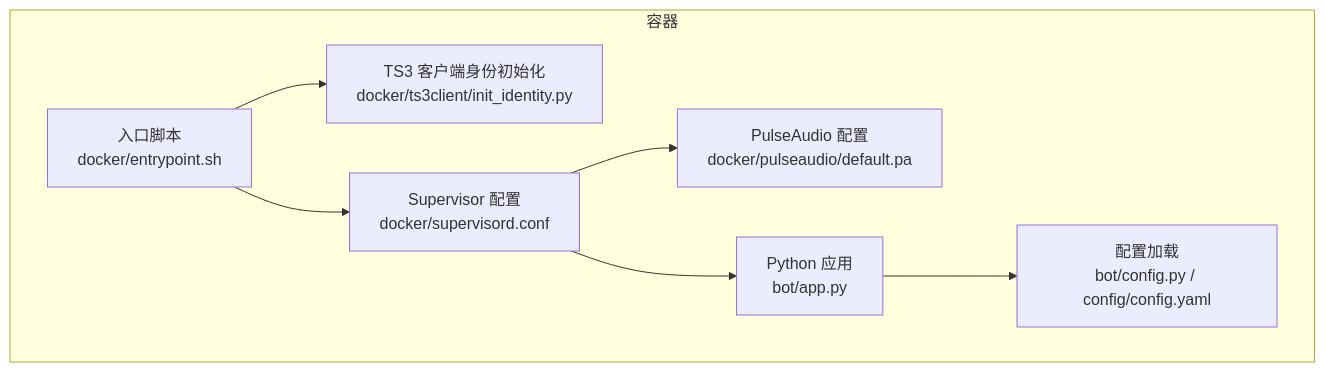
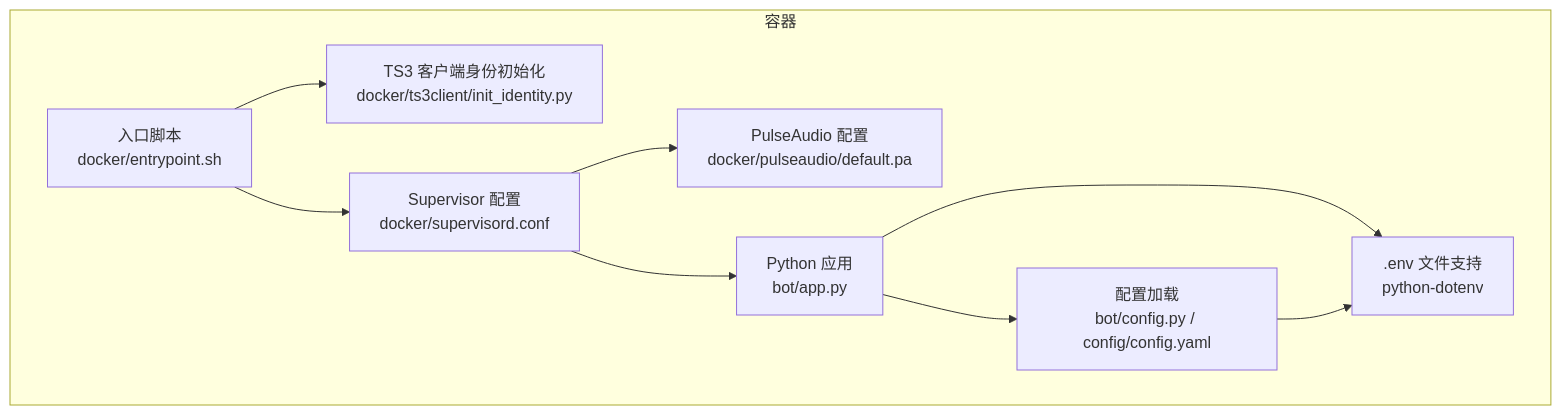
Before and after one commit to GhoulOwl/Teamspeak3_Bot: the first of 7 diagrams in .qoder/repowiki/zh/content/部署和运维/环境配置.md, drawn with Mermaid. The commit also changed other lines of this file and 7 other files, not shown here.

````diff
--- a/.qoder/repowiki/zh/content/部署和运维/环境配置.md
+++ b/.qoder/repowiki/zh/content/部署和运维/环境配置.md
@@ -44,16 +53,19 @@
 ```mermaid
 graph TB
 subgraph "容器"
 EP["入口脚本<br/>docker/entrypoint.sh"]
 SUP["Supervisor 配置<br/>docker/supervisord.conf"]
 PA["PulseAudio 配置<br/>docker/pulseaudio/default.pa"]
 TS3I["TS3 客户端身份初始化<br/>docker/ts3client/init_identity.py"]
 APP["Python 应用<br/>bot/app.py"]
 CFG["配置加载<br/>bot/config.py / config/config.yaml"]
+ENV[".env 文件支持<br/>python-dotenv"]
 end
 EP --> TS3I
 EP --> SUP
 SUP --> PA
 SUP --> APP
 APP --> CFG
+APP --> ENV
+CFG --> ENV
 ```
````
